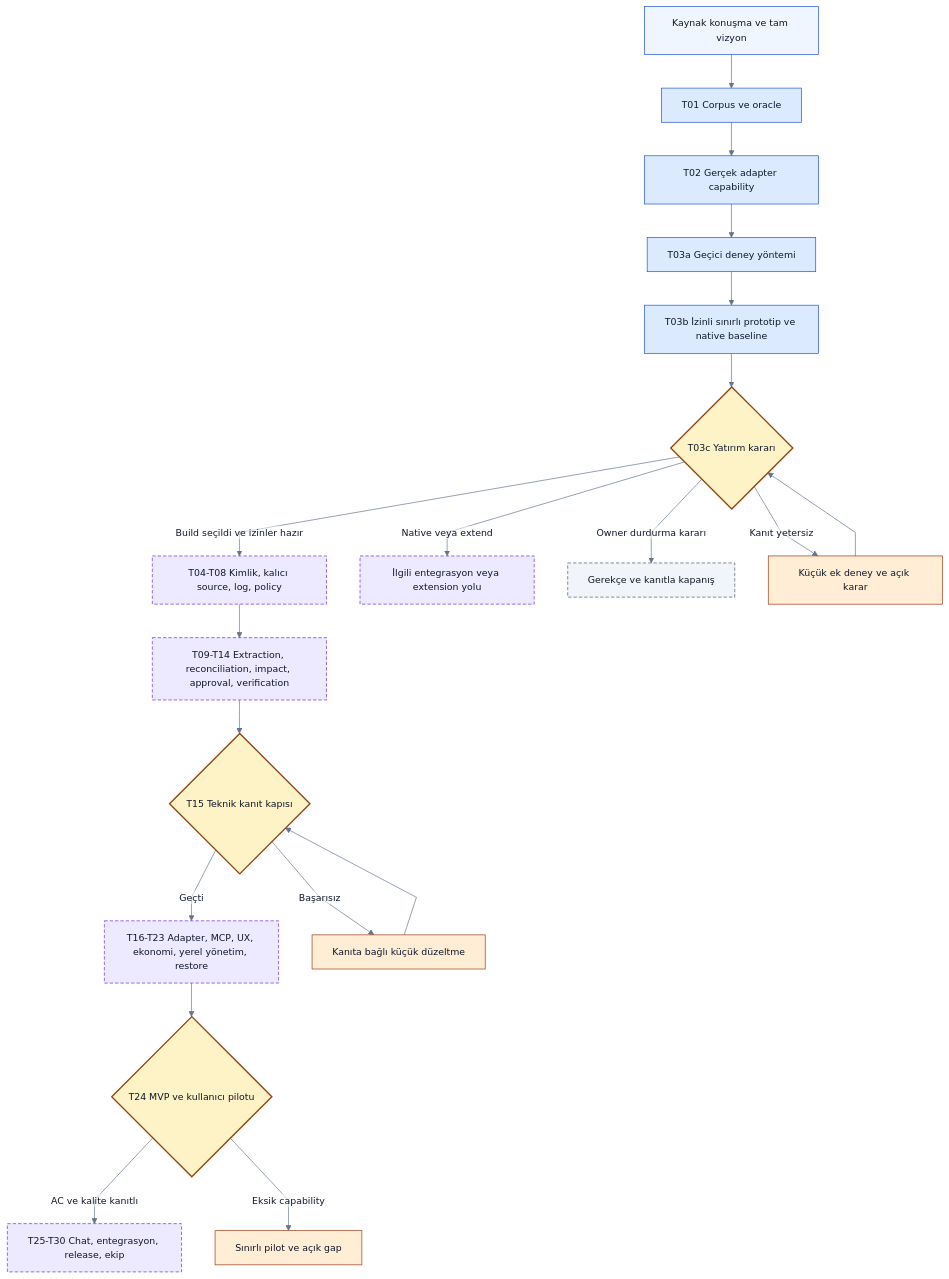
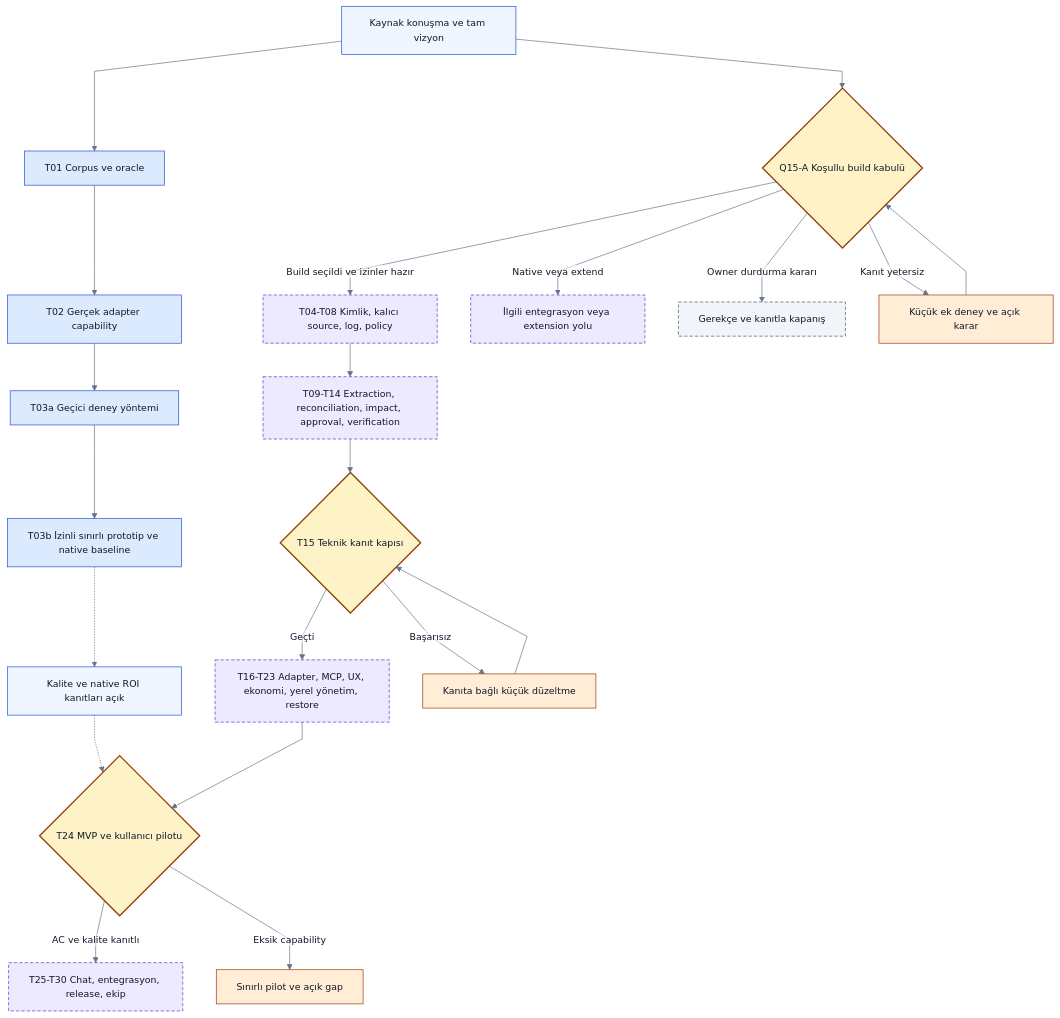
Before and after one commit to alphanAkbulut/decivora: the second of 2 diagrams in ROADMAP.md, drawn with Mermaid. The commit also changed other lines of this file and 35 other files, not shown here.

````diff
--- a/ROADMAP.md
+++ b/ROADMAP.md
@@ -53,36 +59,38 @@
 ```mermaid
 %%{init: {"theme":"base","themeVariables":{"fontFamily":"Arial, sans-serif","fontSize":"14px","primaryColor":"#eff6ff","primaryTextColor":"#0f172a","primaryBorderColor":"#1d4ed8","lineColor":"#64748b","secondaryColor":"#ccfbf1","tertiaryColor":"#f1f5f9","background":"#ffffff","mainBkg":"#eff6ff","textColor":"#0f172a","clusterBkg":"#f8fafc","clusterBorder":"#94a3b8","edgeLabelBackground":"#ffffff","actorBkg":"#eff6ff","actorTextColor":"#0f172a","actorBorder":"#1d4ed8","signalColor":"#64748b","signalTextColor":"#0f172a","noteBkgColor":"#fef3c7","noteTextColor":"#0f172a","noteBorderColor":"#92400e"},"flowchart":{"htmlLabels":false,"curve":"linear"},"sequence":{"wrap":true},"themeCSS":"background-color:#ffffff;"}}%%
 flowchart TB
     accTitle: Küçük teslimler ve kanıt kapıları
     accDescr: Önerilen tasarım veya açıkça belirtilen sentetik örnek. Renkler alan ve kontrol türünü gösterir; implemented veya passed kanıtı değildir. Yetki, revision ve coverage sınırları korunur.
     S[Kaynak konuşma ve tam vizyon] --> C[T01 Corpus ve oracle]
     C --> A[T02 Gerçek adapter capability]
     A --> PLAN[T03a Geçici deney yöntemi]
     PLAN --> PROTO[T03b İzinli sınırlı prototip ve native baseline]
-    PROTO --> D{T03c Yatırım kararı}
+    PROTO -.-> QUALITY[Kalite ve native ROI kanıtları açık]
+    S --> D{Q15-A Koşullu build kabulü}
     D -->|Build seçildi ve izinler hazır| CORE[T04-T08 Kimlik, kalıcı source, log, policy]
     D -->|Native veya extend| ALT[İlgili entegrasyon veya extension yolu]
     D -->|Owner durdurma kararı| STOP[Gerekçe ve kanıtla kapanış]
     D -->|Kanıt yetersiz| EXP[Küçük ek deney ve açık karar]
     EXP --> D
     CORE --> INT[T09-T14 Extraction, reconciliation, impact, approval, verification]
     INT --> G{T15 Teknik kanıt kapısı}
     G -->|Geçti| MVP[T16-T23 Adapter, MCP, UX, ekonomi, yerel yönetim, restore]
     G -->|Başarısız| FIX[Kanıta bağlı küçük düzeltme]
     FIX --> G
     MVP --> PILOT{T24 MVP ve kullanıcı pilotu}
+    QUALITY -.-> PILOT
     PILOT -->|AC ve kalite kanıtlı| NEXT[T25-T30 Chat, entegrasyon, release, ekip]
     PILOT -->|Eksik capability| LIMITED[Sınırlı pilot ve açık gap]
     classDef source fill:#eff6ff,stroke:#1d4ed8,color:#0f172a
     classDef process fill:#dbeafe,stroke:#1d4ed8,color:#0f172a
     classDef gate fill:#fef3c7,stroke:#92400e,color:#0f172a,stroke-width:2px
     classDef future fill:#ede9fe,stroke:#6d28d9,color:#0f172a,stroke-dasharray:5 3
     classDef warning fill:#ffedd5,stroke:#9a3412,color:#0f172a
     classDef history fill:#f1f5f9,stroke:#475569,color:#0f172a,stroke-dasharray:5 3
     class S source
     class C,A,PLAN,PROTO process
     class D,G,PILOT gate
     class CORE,INT,MVP,NEXT,ALT future
     class EXP,FIX,LIMITED warning
     class STOP history
 ```
````
